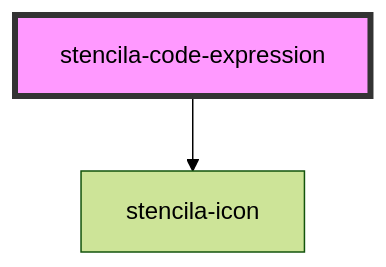
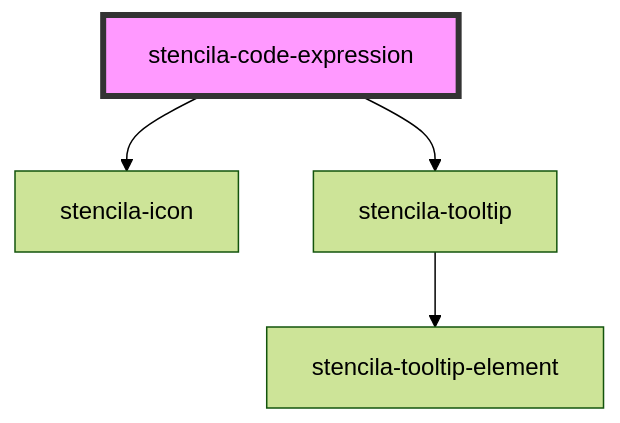
One commit to stencila/designa changed the diagram in packages/components/src/components/codeExpression/readme.md. Above: the diagram before and after it, drawn with Mermaid (forest theme). The commit also changed other lines of this file and 4 other files, not shown here.

Commit message:
feat(CodeExpression): Show tooltip when CodeExpression has no Output

````diff
--- a/packages/components/src/components/codeExpression/readme.md
+++ b/packages/components/src/components/codeExpression/readme.md
@@ -13,5 +14,7 @@
 ```mermaid
 graph TD;
   stencila-code-expression --> stencila-icon
+  stencila-code-expression --> stencila-tooltip
+  stencila-tooltip --> stencila-tooltip-element
   style stencila-code-expression fill:#f9f,stroke:#333,stroke-width:4px
 ```
````
